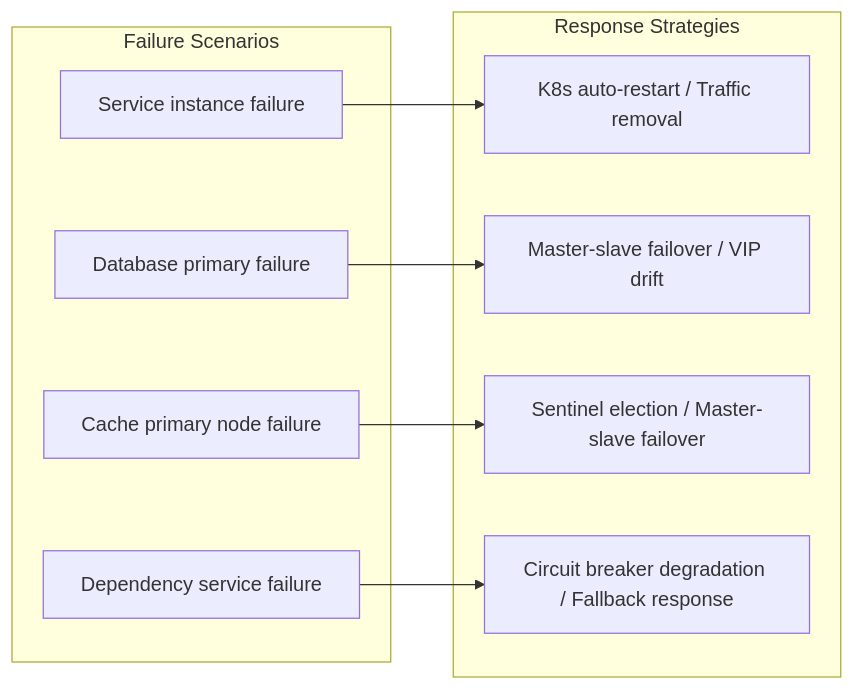
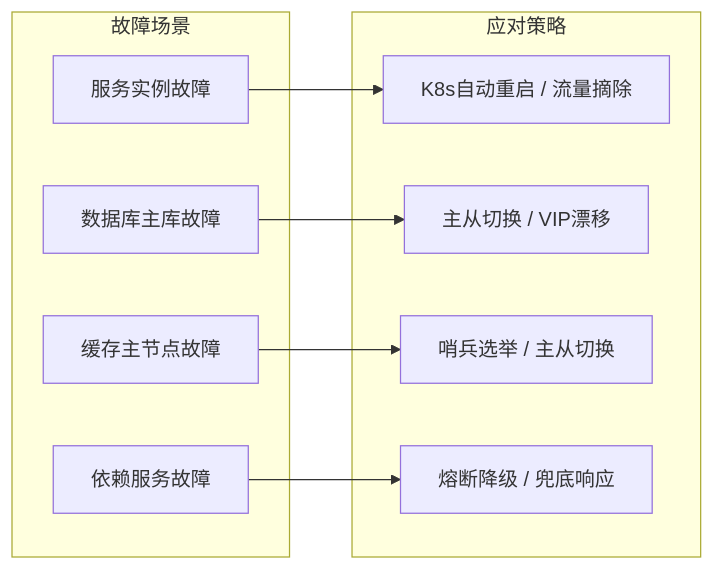
One commit to Kirky-X/cangjie changed diagram 15 of 15 in templates/Product/Technology/Template-Architecture.md. Above: the diagram before and after it, drawn with Mermaid. The commit also changed other lines of this file and 33 other files, not shown here.

````diff
--- a/templates/Product/Technology/Template-Architecture.md
+++ b/templates/Product/Technology/Template-Architecture.md
@@ -691,21 +691,21 @@
 ```mermaid
 flowchart LR
-    subgraph Failure Scenarios
-        F1[Service instance failure]
-        F2[Database primary failure]
-        F3[Cache primary node failure]
-        F4[Dependency service failure]
+    subgraph 故障场景
+        F1[服务实例故障]
+        F2[数据库主库故障]
+        F3[缓存主节点故障]
+        F4[依赖服务故障]
     end
 
-    subgraph Response Strategies
-        S1[K8s auto-restart / Traffic removal]
-        S2[Master-slave failover / VIP drift]
-        S3[Sentinel election / Master-slave failover]
-        S4[Circuit breaker degradation / Fallback response]
+    subgraph 应对策略
+        S1[K8s自动重启 / 流量摘除]
+        S2[主从切换 / VIP漂移]
+        S3[哨兵选举 / 主从切换]
+        S4[熔断降级 / 兜底响应]
     end
 
     F1 --> S1
     F2 --> S2
     F3 --> S3
     F4 --> S4
 ```
````
